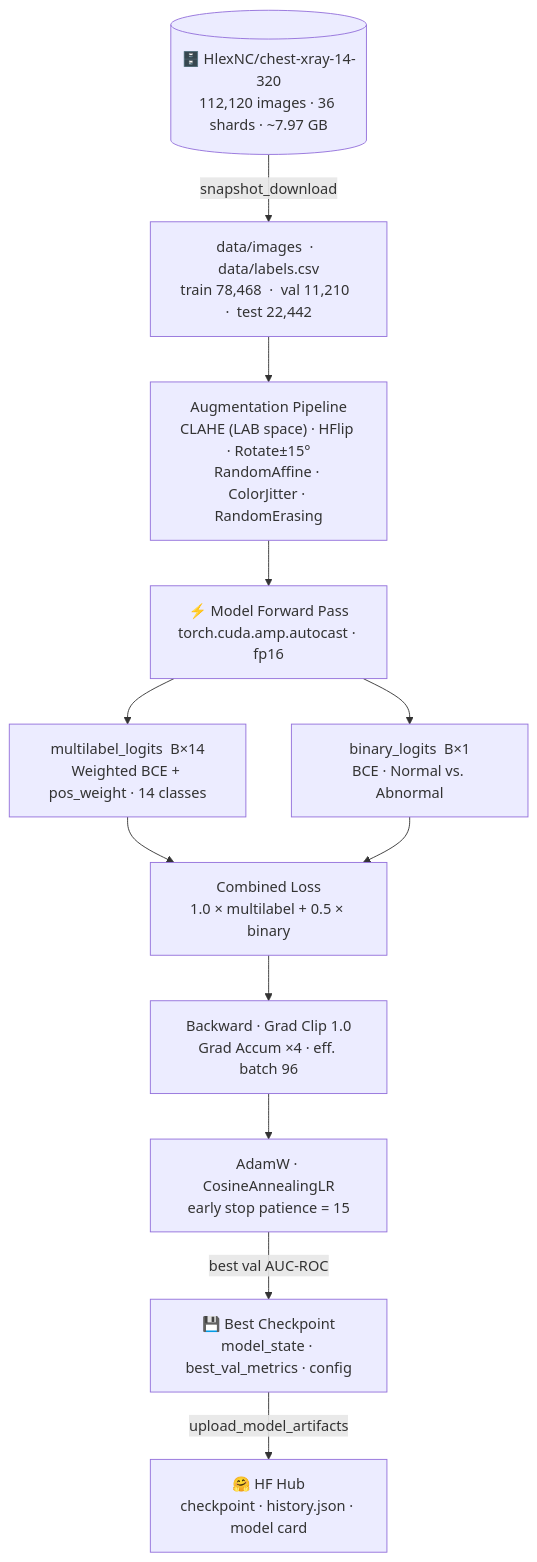
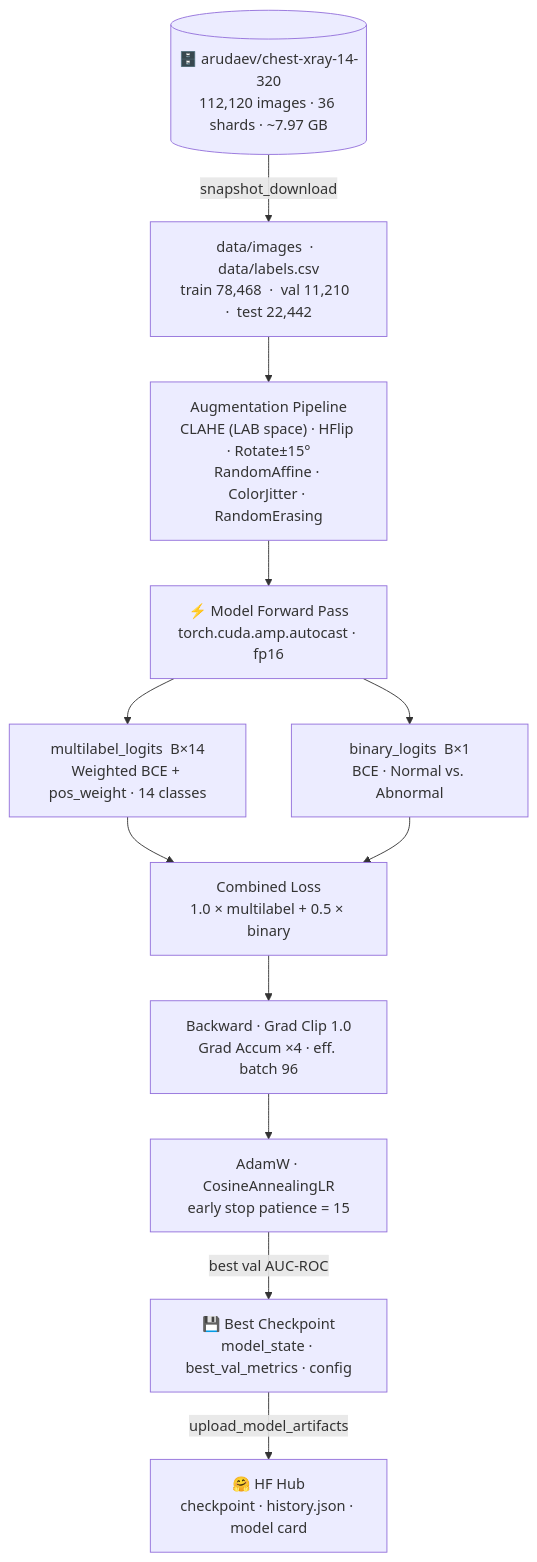
One commit to arudaev/chexvision changed the second of 2 diagrams in README.md. Above: the diagram before and after it, drawn with Mermaid. The commit also changed other lines of this file and 11 other files, not shown here.

First line of the commit message:
chore: rename HF owner HlexNC → arudaev across all references

````diff
--- a/README.md
+++ b/README.md
@@ -76,15 +76,15 @@
 ```mermaid
 flowchart TD
-    DS[("🗄️ HlexNC/chest-xray-14-320\n112,120 images · 36 shards · ~7.97 GB")]
+    DS[("🗄️ arudaev/chest-xray-14-320\n112,120 images · 36 shards · ~7.97 GB")]
     DS -->|snapshot_download| PREP["data/images  ·  data/labels.csv\ntrain 78,468  ·  val 11,210  ·  test 22,442"]
     PREP --> AUG["Augmentation Pipeline\nCLAHE (LAB space) · HFlip · Rotate±15°\nRandomAffine · ColorJitter · RandomErasing"]
     AUG --> FWD["⚡ Model Forward Pass\ntorch.cuda.amp.autocast · fp16"]
     FWD --> ML["multilabel_logits  B×14\nWeighted BCE + pos_weight · 14 classes"]
     FWD --> BIN["binary_logits  B×1\nBCE · Normal vs. Abnormal"]
     ML --> LOSS["Combined Loss\n1.0 × multilabel + 0.5 × binary"]
     BIN --> LOSS
     LOSS --> BACK["Backward · Grad Clip 1.0\nGrad Accum ×4 · eff. batch 96"]
     BACK --> OPT["AdamW · CosineAnnealingLR\nearly stop patience = 15"]
     OPT -->|best val AUC-ROC| BEST["💾 Best Checkpoint\nmodel_state · best_val_metrics · config"]
     BEST -->|upload_model_artifacts| HUB["🤗 HF Hub\ncheckpoint · history.json · model card"]
 ```
````
